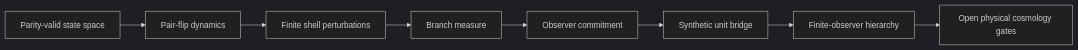
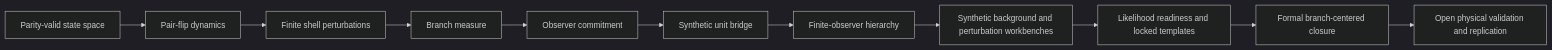
One commit to flynn33/ASH-Model changed the diagram in wiki/Finite-Observer-Physics.md. Above: the diagram before and after it, drawn with Mermaid (dark theme). The commit also changed other lines of this file and 10 other files, not shown here.

Commit message:
Refresh roadmap documentation consistency

````diff
--- a/wiki/Finite-Observer-Physics.md
+++ b/wiki/Finite-Observer-Physics.md
@@ -24,10 +28,13 @@
 ```mermaid
 flowchart LR
     A["Parity-valid state space"] --> B["Pair-flip dynamics"]
     B --> C["Finite shell perturbations"]
     C --> D["Branch measure"]
     D --> E["Observer commitment"]
     E --> F["Synthetic unit bridge"]
     F --> G["Finite-observer hierarchy"]
-    G --> H["Open physical cosmology gates"]
+    G --> H["Synthetic background and perturbation workbenches"]
+    H --> I["Likelihood readiness and locked templates"]
+    I --> J["Formal branch-centered closure"]
+    J --> K["Open physical validation and replication"]
 ```
````
